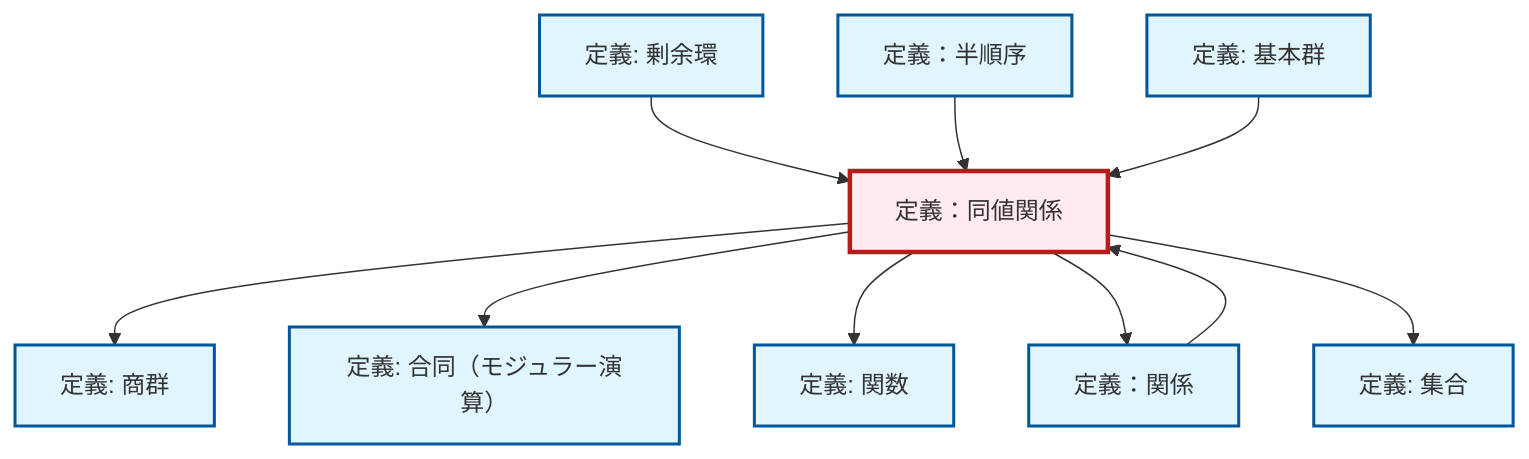
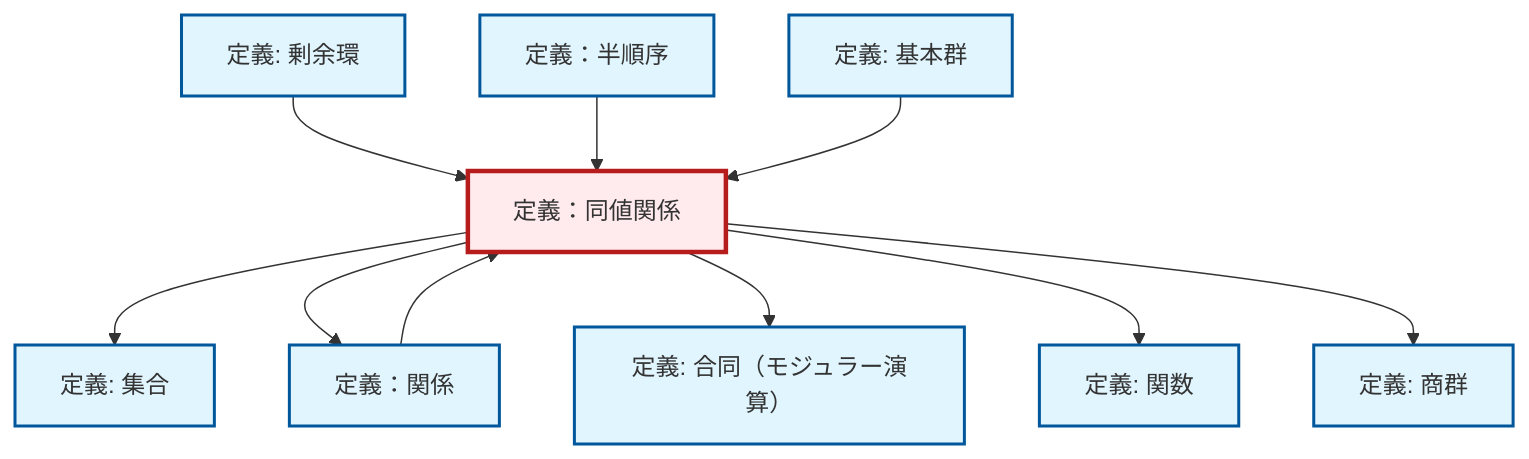
Before and after one commit to RK0429/ModernMath: the diagram in content/ja/logic-set-theory/def-equivalence-relation.qmd, drawn with Mermaid. The commit also changed other lines of this file and 1012 other files, not shown here.

````diff
--- a/content/ja/logic-set-theory/def-equivalence-relation.qmd
+++ b/content/ja/logic-set-theory/def-equivalence-relation.qmd
@@ -116,36 +116,36 @@
 ```{mermaid}
 %%| fig-cap: "Local dependency graph"
 graph TD
     classDef definition fill:#e1f5fe,stroke:#01579b,stroke-width:2px
     classDef theorem fill:#f3e5f5,stroke:#4a148c,stroke-width:2px
     classDef axiom fill:#fff3e0,stroke:#e65100,stroke-width:2px
     classDef example fill:#e8f5e9,stroke:#1b5e20,stroke-width:2px
     classDef current fill:#ffebee,stroke:#b71c1c,stroke-width:3px
     def-congruence["定義: 合同（モジュラー演算）"]:::definition
+    def-fundamental-group["定義: 基本群"]:::definition
+    def-partial-order["定義：半順序"]:::definition
     def-set["定義: 集合"]:::definition
-    def-fundamental-group["定義: 基本群"]:::definition
-    def-relation["定義：関係"]:::definition
+    def-equivalence-relation["定義：同値関係"]:::definition
     def-function["定義: 関数"]:::definition
     def-quotient-ring["定義: 剰余環"]:::definition
     def-quotient-group["定義: 商群"]:::definition
-    def-partial-order["定義：半順序"]:::definition
-    def-equivalence-relation["定義：同値関係"]:::definition
+    def-relation["定義：関係"]:::definition
+    def-equivalence-relation --> def-set
+    def-equivalence-relation --> def-relation
+    def-equivalence-relation --> def-congruence
+    def-equivalence-relation --> def-function
+    def-quotient-ring --> def-equivalence-relation
+    def-partial-order --> def-equivalence-relation
+    def-fundamental-group --> def-equivalence-relation
+    def-relation --> def-equivalence-relation
     def-equivalence-relation --> def-quotient-group
-    def-equivalence-relation --> def-congruence
-    def-quotient-ring --> def-equivalence-relation
-    def-relation --> def-equivalence-relation
-    def-equivalence-relation --> def-function
-    def-partial-order --> def-equivalence-relation
-    def-equivalence-relation --> def-relation
-    def-equivalence-relation --> def-set
-    def-fundamental-group --> def-equivalence-relation
     class def-equivalence-relation current
     click def-congruence "def-congruence.html" "合同（モジュラー演算）の定義へ"
+    click def-fundamental-group "def-fundamental-group.html" "基本群の定義へ"
+    click def-partial-order "def-partial-order.html" "定義：半順序へ"
     click def-set "def-set.html" "集合の定義へ"
-    click def-fundamental-group "def-fundamental-group.html" "基本群の定義へ"
-    click def-relation "def-relation.html" "定義：関係へ"
     click def-function "def-function.html" "関数の定義へ"
     click def-quotient-ring "def-quotient-ring.html" "剰余環の定義へ"
     click def-quotient-group "def-quotient-group.html" "商群の定義へ"
-    click def-partial-order "def-partial-order.html" "定義：半順序へ"
+    click def-relation "def-relation.html" "定義：関係へ"
 ```
````
